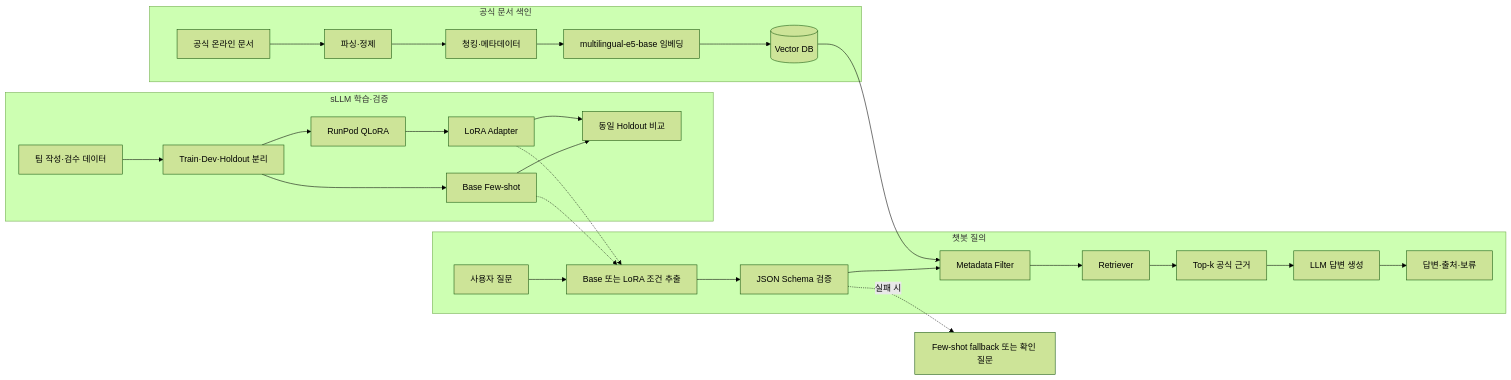
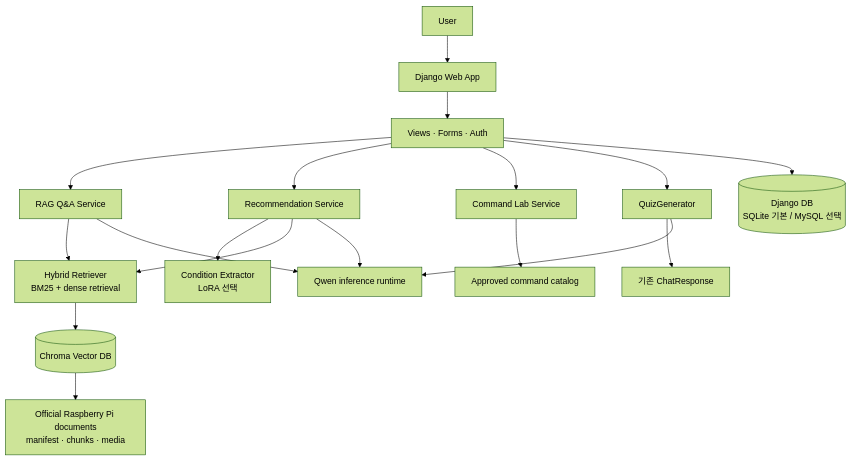
The second of 2 diagrams in README.md (skn-33-Raspberry-Pi-Assistant-4th/skn_33_4th_5team), drawn with Mermaid (forest theme) before and after one commit. The commit also changed other lines of this file, not shown here.

````diff
--- a/README.md
+++ b/README.md
@@ -102,33 +82,20 @@
 ```mermaid
-flowchart LR
-    subgraph INDEX[공식 문서 색인]
-        A[공식 온라인 문서] --> B[파싱·정제]
-        B --> C[청킹·메타데이터]
-        C --> D[multilingual-e5-base 임베딩]
-        D --> E[(Vector DB)]
-    end
-
-    subgraph TRAIN[sLLM 학습·검증]
-        T1[팀 작성·검수 데이터] --> T2[Train·Dev·Holdout 분리]
-        T2 --> T3[Base Few-shot]
-        T2 --> T4[RunPod QLoRA]
-        T4 --> T5[LoRA Adapter]
-        T3 --> T6[동일 Holdout 비교]
-        T5 --> T6
-    end
-
-    subgraph QUERY[챗봇 질의]
-        Q1[사용자 질문] --> Q2[Base 또는 LoRA 조건 추출]
-        T3 -.-> Q2
-        T5 -.-> Q2
-        Q2 --> Q3[JSON Schema 검증]
-        Q3 --> Q4[Metadata Filter]
-        E --> Q4
-        Q4 --> Q5[Retriever]
-        Q5 --> Q6[Top-k 공식 근거]
-        Q6 --> Q7[LLM 답변 생성]
-        Q7 --> Q8[답변·출처·보류]
-    end
-
-    Q3 -. 실패 시 .-> Q9[Few-shot fallback 또는 확인 질문]
+flowchart TB
+    U[User] --> D[Django Web App]
+    D --> V[Views · Forms · Auth]
+    V --> QA[RAG Q&A Service]
+    V --> REC[Recommendation Service]
+    V --> CL[Command Lab Service]
+    V --> QZ[QuizGenerator]
+    V --> DB[(Django DB<br/>SQLite 기본 / MySQL 선택)]
+    QA --> HR[Hybrid Retriever<br/>BM25 + dense retrieval]
+    REC --> CE[Condition Extractor<br/>LoRA 선택]
+    REC --> HR
+    CL --> CC[Approved command catalog]
+    QZ --> QAOUT[기존 ChatResponse]
+    HR --> VD[(Chroma Vector DB)]
+    VD --> DOC[Official Raspberry Pi documents<br/>manifest · chunks · media]
+    QA --> QW[Qwen inference runtime]
+    REC --> QW
+    QZ --> QW
 ```
````
